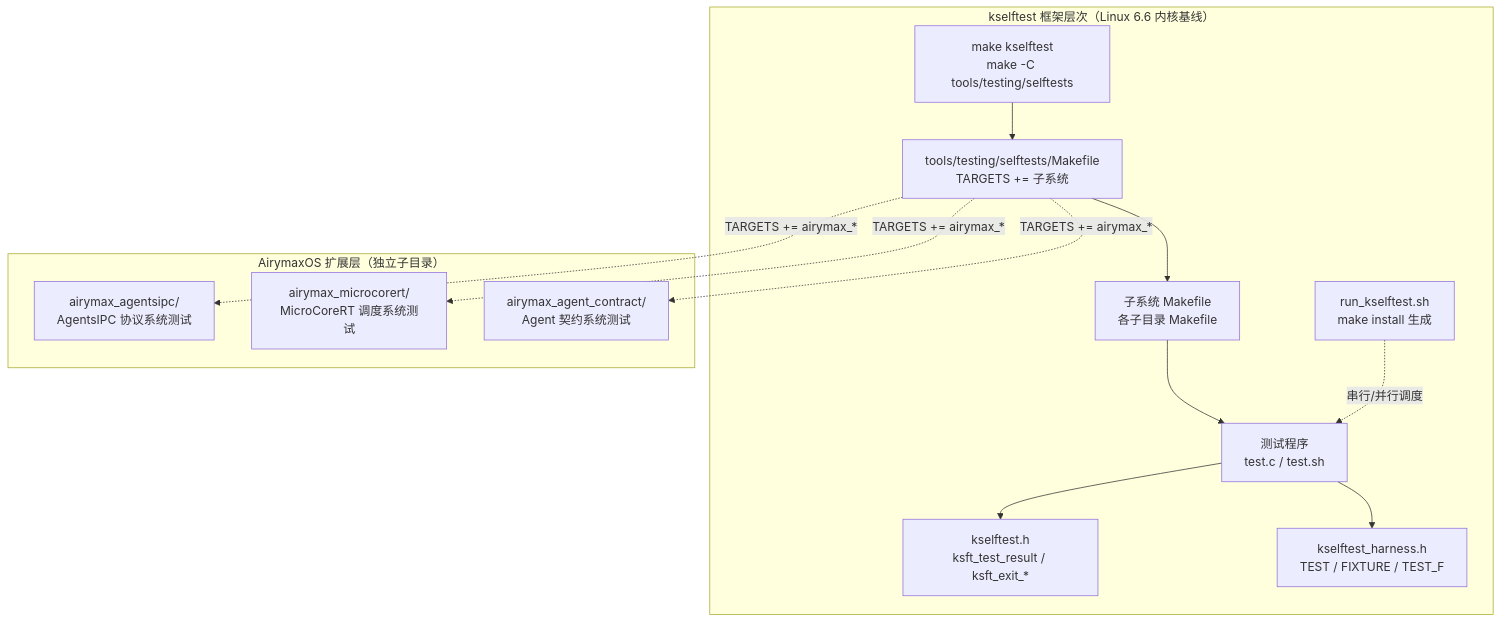
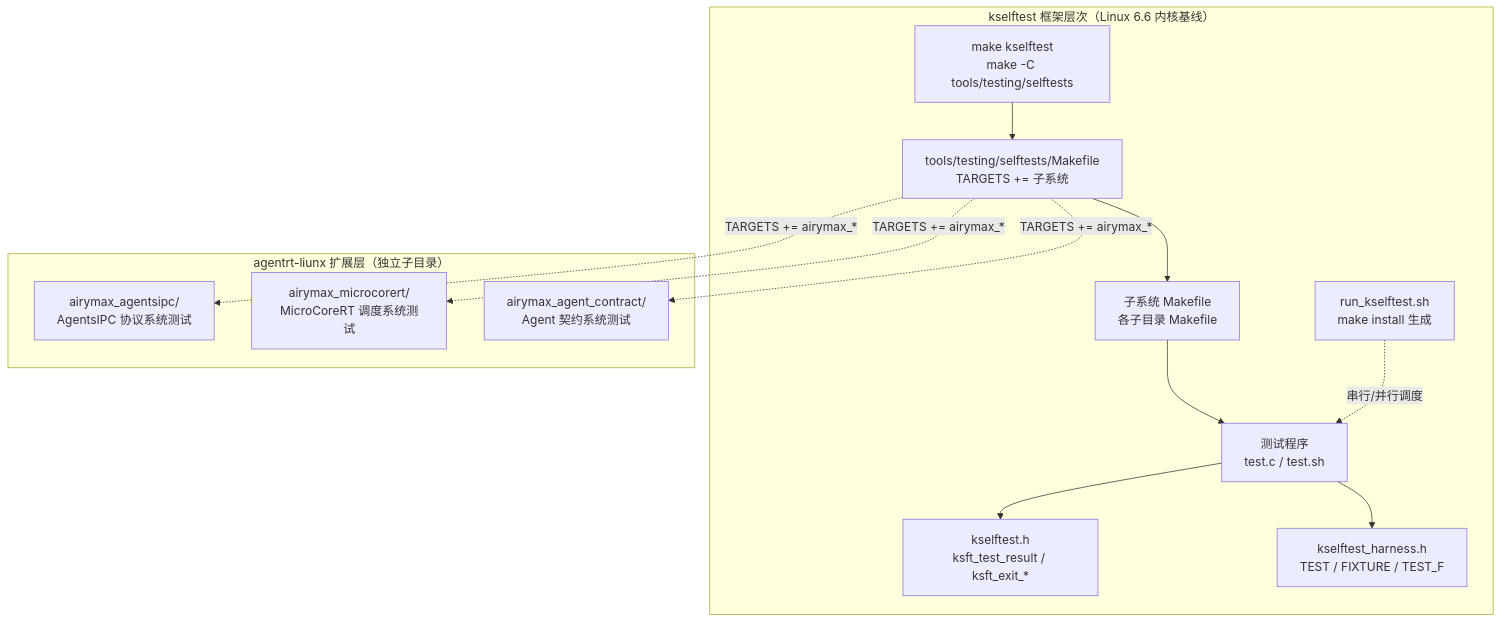
Before and after one commit to openairymax/docs: the first of 2 diagrams in AirymaxAgentOS/80-testing/02-kselftest.md, drawn with Mermaid. The commit also changed other lines of this file and 99 other files, not shown here.

````diff
--- a/AirymaxAgentOS/80-testing/02-kselftest.md
+++ b/AirymaxAgentOS/80-testing/02-kselftest.md
@@ -47,24 +47,24 @@
 ```mermaid
 flowchart TB
     subgraph "kselftest 框架层次（Linux 6.6 内核基线）"
         A["make kselftest<br/>make -C tools/testing/selftests"]
         B["tools/testing/selftests/Makefile<br/>TARGETS += 子系统"]
         C["子系统 Makefile<br/>各子目录 Makefile"]
         D["测试程序<br/>test.c / test.sh"]
         E["kselftest.h<br/>ksft_test_result / ksft_exit_*"]
         F["kselftest_harness.h<br/>TEST / FIXTURE / TEST_F"]
         G["run_kselftest.sh<br/>make install 生成"]
     end
     A --> B --> C --> D
     D --> E
     D --> F
     G -.->|串行/并行调度| D
-    subgraph "AirymaxOS 扩展层（独立子目录）"
+    subgraph "agentrt-liunx 扩展层（独立子目录）"
         H["airymax_agentsipc/<br/>AgentsIPC 协议系统测试"]
         I["airymax_microcorert/<br/>MicroCoreRT 调度系统测试"]
         J["airymax_agent_contract/<br/>Agent 契约系统测试"]
     end
     B -.->|TARGETS += airymax_*| H
     B -.->|TARGETS += airymax_*| I
     B -.->|TARGETS += airymax_*| J
 ```
````
